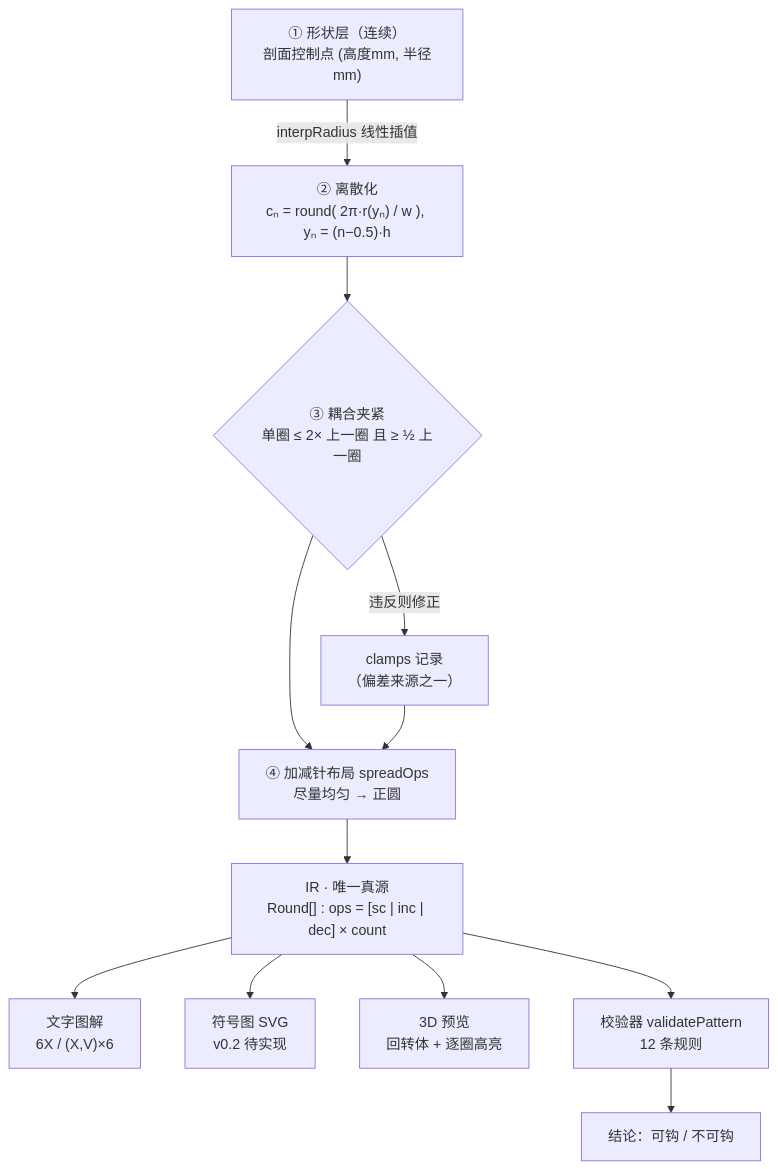
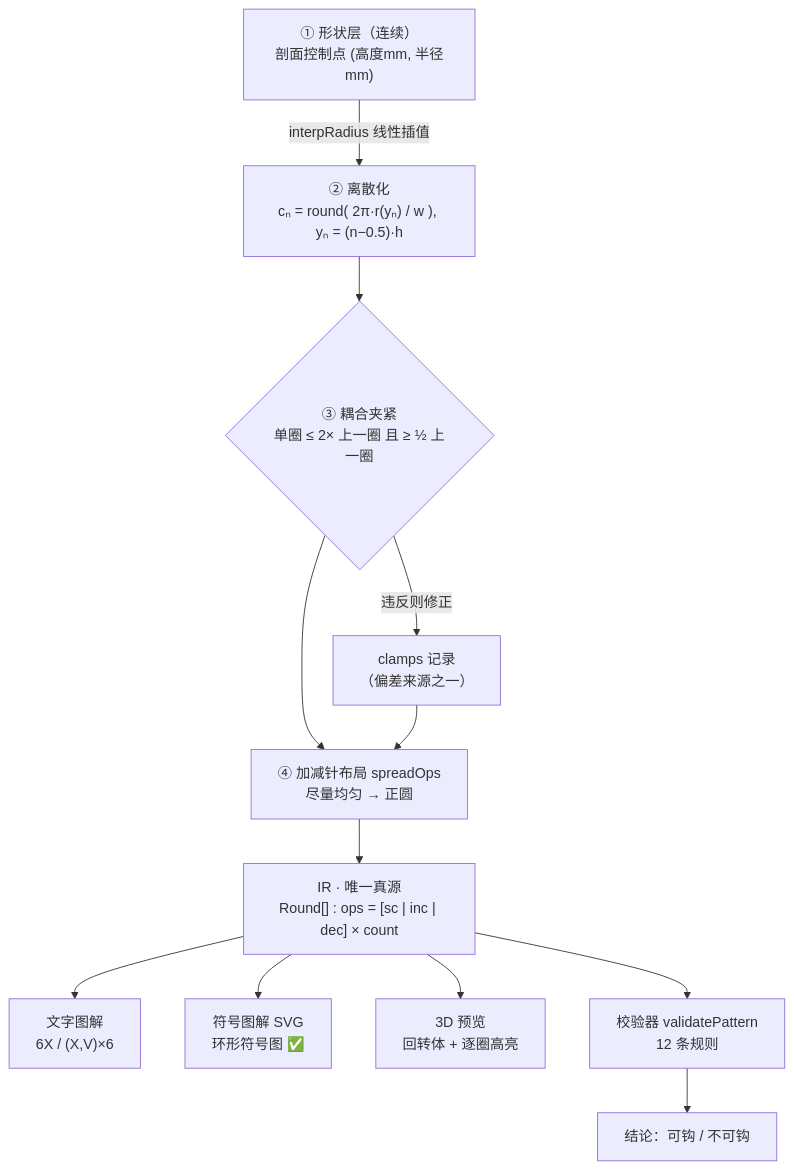
The first of 3 diagrams in docs/architecture.md (maidoufud-netizen/amigurumi-studio), drawn with Mermaid before and after one commit. The commit also changed other lines of this file and 6 other files, not shown here.

Commit message:
feat(chart): 图解可视化窗口 —— 环形符号图按拓扑定位每一针；45 项测试

````diff
--- a/docs/architecture.md
+++ b/docs/architecture.md
@@ -5,26 +5,26 @@
 ```mermaid
 flowchart TB
   A["① 形状层（连续）<br/>剖面控制点 (高度mm, 半径mm)"]
   B["② 离散化<br/>cₙ = round( 2π·r(yₙ) / w ), yₙ = (n−0.5)·h"]
   C{"③ 耦合夹紧<br/>单圈 ≤ 2× 上一圈 且 ≥ ½ 上一圈"}
   D["clamps 记录<br/>（偏差来源之一）"]
   E["④ 加减针布局 spreadOps<br/>尽量均匀 → 正圆"]
   IR["IR · 唯一真源<br/>Round[] : ops = [sc | inc | dec] × count"]
   T["文字图解<br/>6X / (X,V)×6"]
-  S["符号图 SVG<br/>v0.2 待实现"]
+  S["符号图解 SVG<br/>环形符号图 ✅"]
   V3["3D 预览<br/>回转体 + 逐圈高亮"]
   VF["校验器 validatePattern<br/>12 条规则"]
   R["结论：可钩 / 不可钩"]
 
   A -->|interpRadius 线性插值| B
   B --> C
   C -->|违反则修正| D
   C --> E
   D --> E
   E --> IR
   IR --> T
   IR --> S
   IR --> V3
   IR --> VF
   VF --> R
 ```
````
